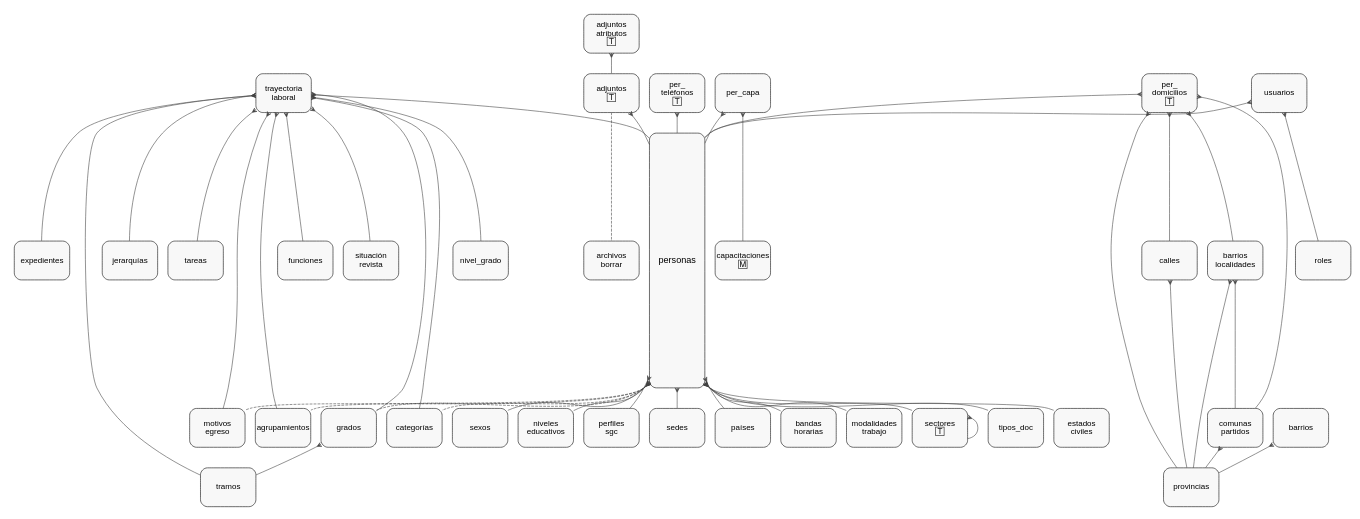
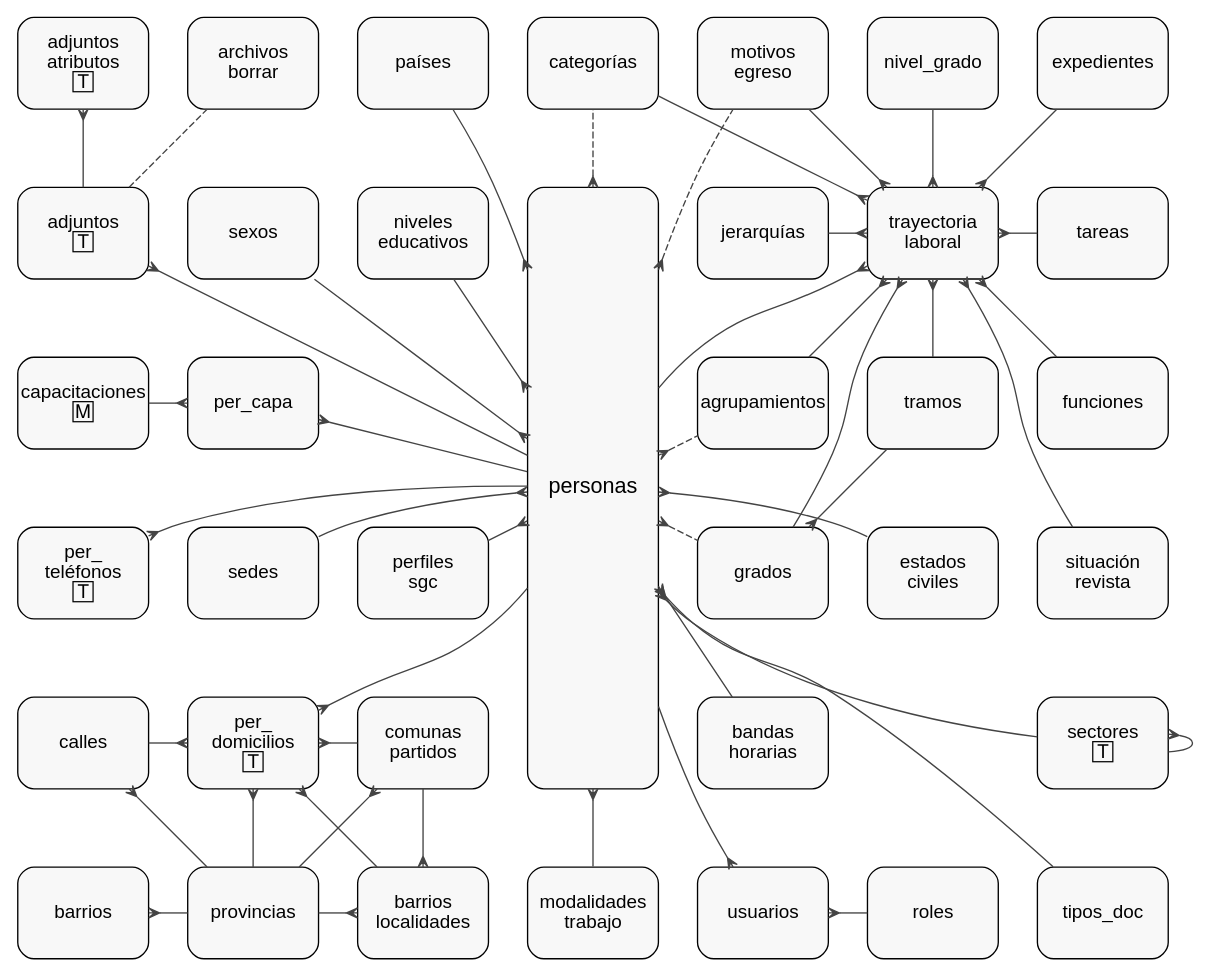
The diagram in docs/der-personas.dot (codenautas/siper), drawn with Graphviz before and after one commit. The commit also changed 5 other files, not shown here.

```diff
--- a/docs/der-personas.dot
+++ b/docs/der-personas.dot
@@ -1,97 +1,97 @@
 // DER de SiPer: datos de personas
 // Relaciones: foreignKeys (línea llena) y softForeignKeys (línea de rayas, dashed)
 // Pata de gallo del lado "muchos"; el lado "uno" sin marca.
 // Línea punteada fina (dotted): referencias transitivas (ej FK a año de una tabla que también referencia a fechas).
 // Generar: neato -Tpdf der-personas.dot -o der-personas.pdf   (o -Tsvg / -Tpng)
 
 digraph DER {
-  graph [inputscale=0.5714, size="11.7,8.3", splines=true, sep="+4", fontname="Arial"];
+  graph [layout=neato, inputscale=0.5714, size="11.7,8.3", splines=true, sep="+4", fontname="Arial"];  
   node  [shape=box, style="rounded,filled", fillcolor="#f8f8f8", fontname="Arial", fontsize=14, width=1.35, height=0.95, fixedsize=true];
   edge  [dir=both, arrowtail=crow, arrowhead=none, color="#444444", arrowsize=0.8];
 
   personas                [pos="5,-3.5!", height=6.20, fontsize=16];
 
   sexos                   [pos="3,-2!"];
   adjuntos_atributos      [pos="2,-1!", label="adjuntos\natributos\n🅃"];
   adjuntos                [pos="2,-2!", label="adjuntos\n🅃"];
   archivos_borrar         [pos="3,-1!", label="archivos\nborrar"];
   niveles_educativos      [pos="4,-2!", label="niveles\neducativos"];
   jerarquias              [pos="6,-2!", label="jerarquías"];
   trayectoria_laboral     [pos="7,-2!", label="trayectoria\nlaboral"];
   tareas                  [pos="8,-2!"];
   per_capa                [pos="3,-3!"];
   agrupamientos           [pos="6,-3!"];
   tramos                  [pos="7,-3!"];
   funciones               [pos="8,-3!"];
   capacitaciones          [pos="2,-3!", label="capacitaciones\n🄼"];
   per_telefonos           [pos="2,-4!", label="per_\nteléfonos\n🅃"];
   perfiles_sgc            [pos="4,-4!", label="perfiles\nsgc"];
   grados                  [pos="6,-4!"];
   situacion_revista       [pos="8,-4!", label="situación\nrevista"];
   sedes                   [pos="3,-4!"];
   per_domicilios          [pos="3,-5!", label="per_\ndomicilios\n🅃"];
   calles                  [pos="2,-5!"];
   barrios_localidades     [pos="4,-6!", label="barrios\nlocalidades"];
   comunas_partidos        [pos="4,-5!", label="comunas\npartidos"];
   barrios                 [pos="2,-6!"];
   provincias              [pos="3,-6!"];
   paises                  [pos="4,-1!", label="países"];
   categorias              [pos="5,-1!", label="categorías"];
   motivos_egreso          [pos="6,-1!", label="motivos\negreso"];
   nivel_grado             [pos="7,-1!"];
   expedientes             [pos="8,-1!"];
   bandas_horarias         [pos="6,-5!", label="bandas\nhorarias"];
   modalidades_trabajo     [pos="5,-6!", label="modalidades\ntrabajo"];
   sectores                [pos="8,-5!", label="sectores\n🅃"];
   tipos_doc               [pos="8,-6!"];
   usuarios                [pos="6,-6!"];
   roles                   [pos="7,-6!"];
   estados_civiles         [pos="7,-4!", label="estados\nciviles"];
 
   personas -> sectores ;
   personas -> paises ;
   personas -> sexos ;
   personas -> tipos_doc ;
   personas -> bandas_horarias ;
   personas -> perfiles_sgc ;
   personas -> niveles_educativos ;
   personas -> modalidades_trabajo ;
   personas -> motivos_egreso [style=dashed];
   personas -> categorias [style=dashed];
   personas -> agrupamientos [style=dashed];
   personas -> grados [style=dashed];
   personas -> sedes ;
   personas -> estados_civiles ;
   sectores -> sectores;
   per_telefonos -> personas ;
   per_domicilios -> personas ;
   per_domicilios -> provincias ;
   per_domicilios -> comunas_partidos ;
   per_domicilios -> barrios_localidades ;
   per_domicilios -> calles ;
   comunas_partidos -> provincias ;
   barrios_localidades -> provincias ;
   barrios_localidades -> comunas_partidos ;
   barrios -> provincias ;
   calles -> provincias ;
   per_capa -> personas ;
   per_capa -> capacitaciones ;
   adjuntos -> personas ;
   adjuntos -> archivos_borrar [style=dashed, arrowtail=none];
   adjuntos_atributos -> adjuntos ;
   usuarios -> personas ;
   usuarios -> roles ;
   trayectoria_laboral -> personas ;
   trayectoria_laboral -> situacion_revista ;
   trayectoria_laboral -> expedientes ;
   trayectoria_laboral -> funciones ;
   trayectoria_laboral -> jerarquias ;
   trayectoria_laboral -> nivel_grado ;
   trayectoria_laboral -> tareas ;
   trayectoria_laboral -> motivos_egreso ;
   trayectoria_laboral -> agrupamientos ;
   trayectoria_laboral -> tramos ;
   trayectoria_laboral -> grados ;
   trayectoria_laboral -> categorias ;
   grados -> tramos ;
 }
```
